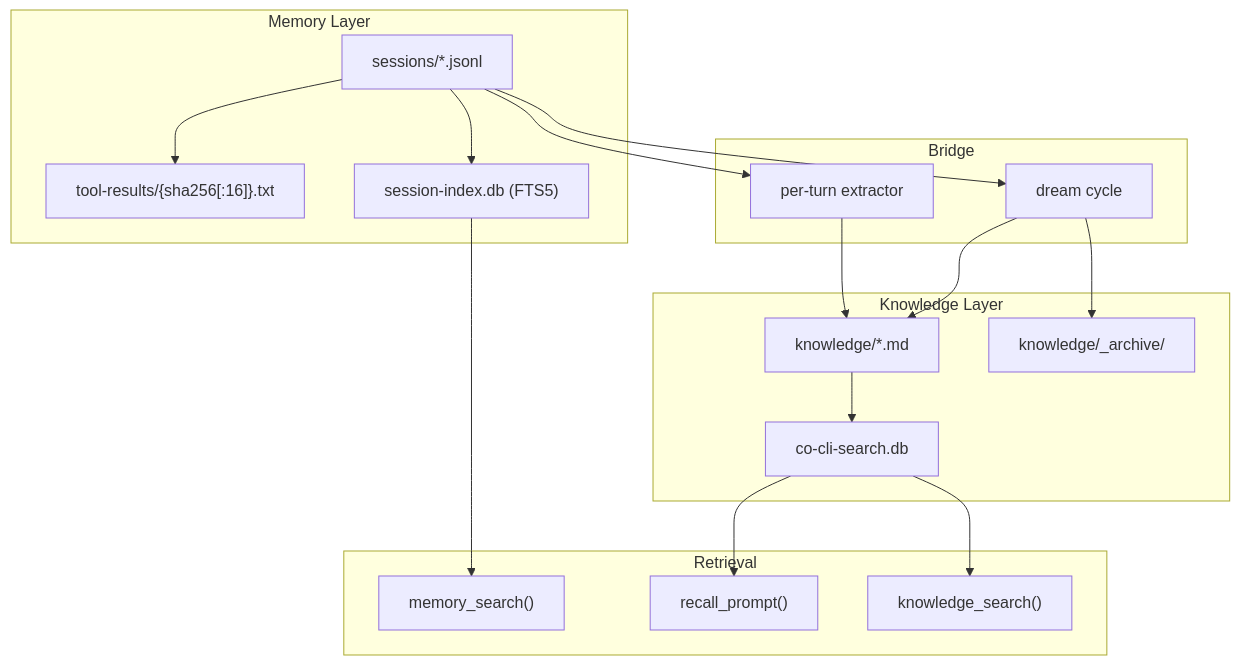
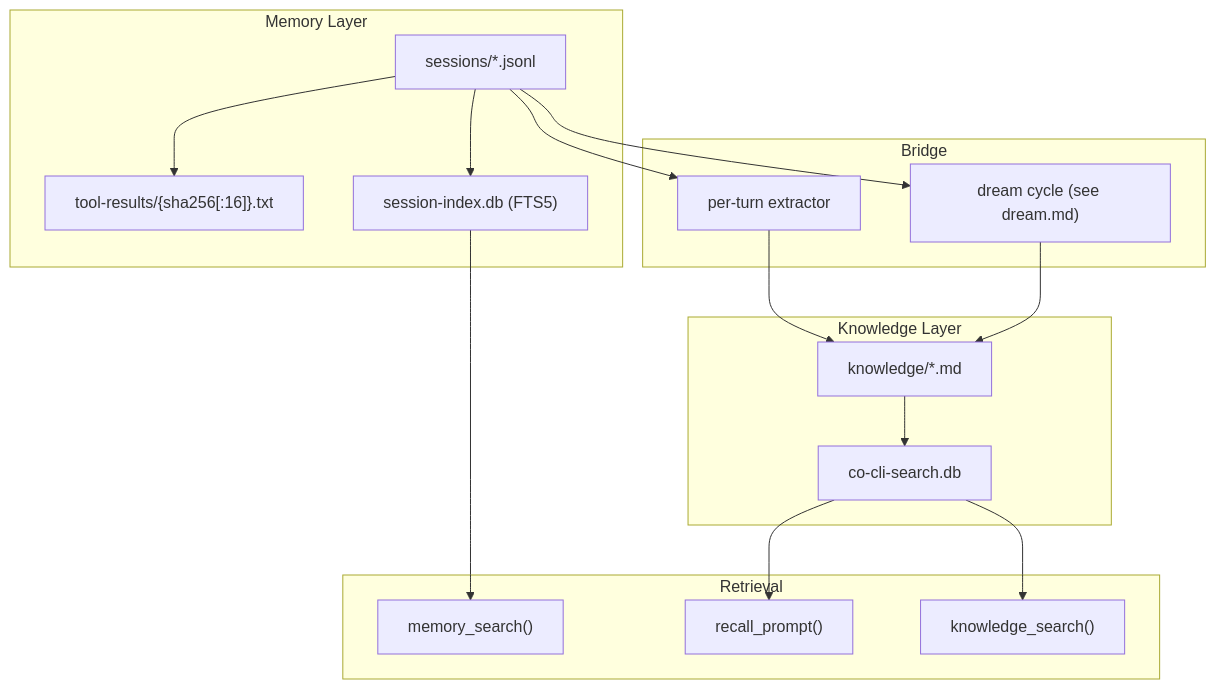
The diagram in docs/specs/memory-knowledge.md (binlecode/co-cli), drawn with Mermaid before and after one commit. The commit also changed other lines of this file and 19 other files, not shown here.

````diff
--- a/docs/specs/memory-knowledge.md
+++ b/docs/specs/memory-knowledge.md
@@ -38,37 +38,35 @@
 ```mermaid
 flowchart TD
     subgraph Memory["Memory Layer"]
         Sessions["sessions/*.jsonl"]
         Spill["tool-results/{sha256[:16]}.txt"]
         SessionIdx["session-index.db (FTS5)"]
     end
 
     subgraph Bridge["Bridge"]
         Extractor["per-turn extractor"]
-        Dream["dream cycle"]
+        Dream["dream cycle (see dream.md)"]
     end
 
     subgraph Knowledge["Knowledge Layer"]
         KDir["knowledge/*.md"]
         SearchDB["co-cli-search.db"]
-        Archive["knowledge/_archive/"]
     end
 
     subgraph Recall["Retrieval"]
         MemorySearch["memory_search()"]
         TurnRecall["recall_prompt()"]
         KnowledgeSearch["knowledge_search()"]
     end
 
     Sessions --> SessionIdx
     Sessions --> Extractor
     Sessions --> Dream
     Sessions --> Spill
     Extractor --> KDir
     Dream --> KDir
-    Dream --> Archive
     KDir --> SearchDB
     SessionIdx --> MemorySearch
     SearchDB --> TurnRecall
     SearchDB --> KnowledgeSearch
 ```
````
